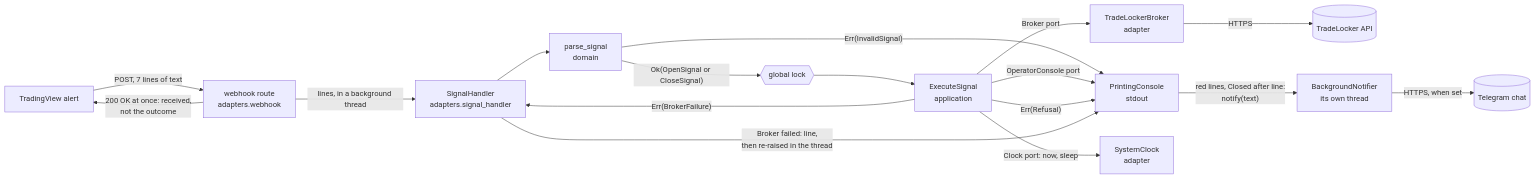
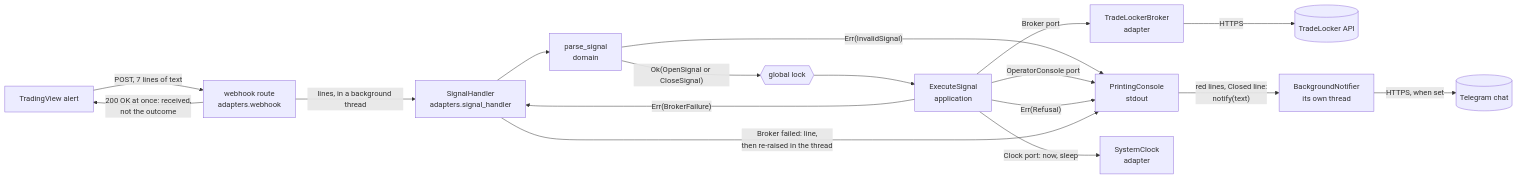
Before and after one commit to Akinzou/TradeLockerBot: the third of 6 diagrams in docs/architecture.md, drawn with Mermaid. The commit also changed other lines of this file and 13 other files, not shown here.

First line of the commit message:
fix: the line reads "Closed:", worded as the Still closing line it answers

````diff
--- a/docs/architecture.md
+++ b/docs/architecture.md
@@ -149,19 +149,19 @@
 ```mermaid
 flowchart LR
     TV[TradingView alert] -- "POST, 7 lines of text" --> WH[webhook route<br/>adapters.webhook]
     WH -- "200 OK at once: received,<br/>not the outcome" --> TV
     WH -- "lines, in a background thread" --> SH[SignalHandler<br/>adapters.signal_handler]
     SH --> P[parse_signal<br/>domain]
     P -- "Err(InvalidSignal)" --> CON[PrintingConsole<br/>stdout]
     P -- "Ok(OpenSignal or CloseSignal)" --> LOCK{{global lock}}
     LOCK --> UC[ExecuteSignal<br/>application]
     UC -- "Broker port" --> TLB[TradeLockerBroker<br/>adapter]
     TLB -- "HTTPS" --> API[(TradeLocker API)]
     UC -- "OperatorConsole port" --> CON
     UC -- "Clock port: now, sleep" --> CLK[SystemClock<br/>adapter]
     UC -- "Err(Refusal)" --> CON
     UC -- "Err(BrokerFailure)" --> SH
     SH -- "Broker failed: line,<br/>then re-raised in the thread" --> CON
-    CON -- "red lines, Closed after line:<br/>notify(text)" --> NT[BackgroundNotifier<br/>its own thread]
+    CON -- "red lines, Closed line:<br/>notify(text)" --> NT[BackgroundNotifier<br/>its own thread]
     NT -- "HTTPS, when set" --> TGAPI[(Telegram chat)]
 ```
````
